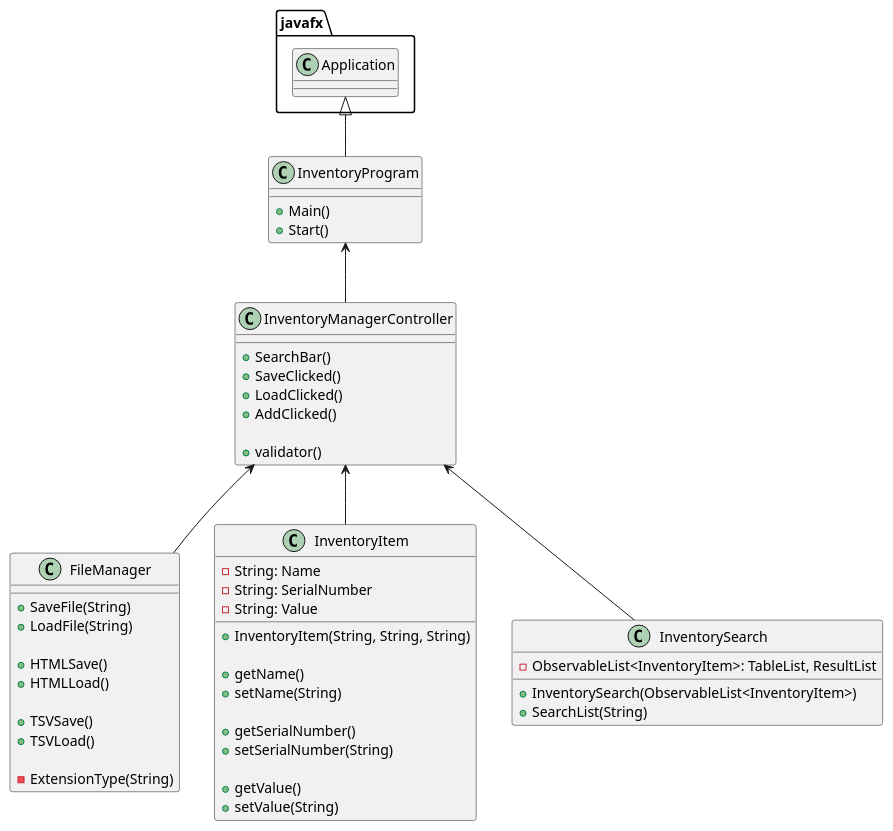
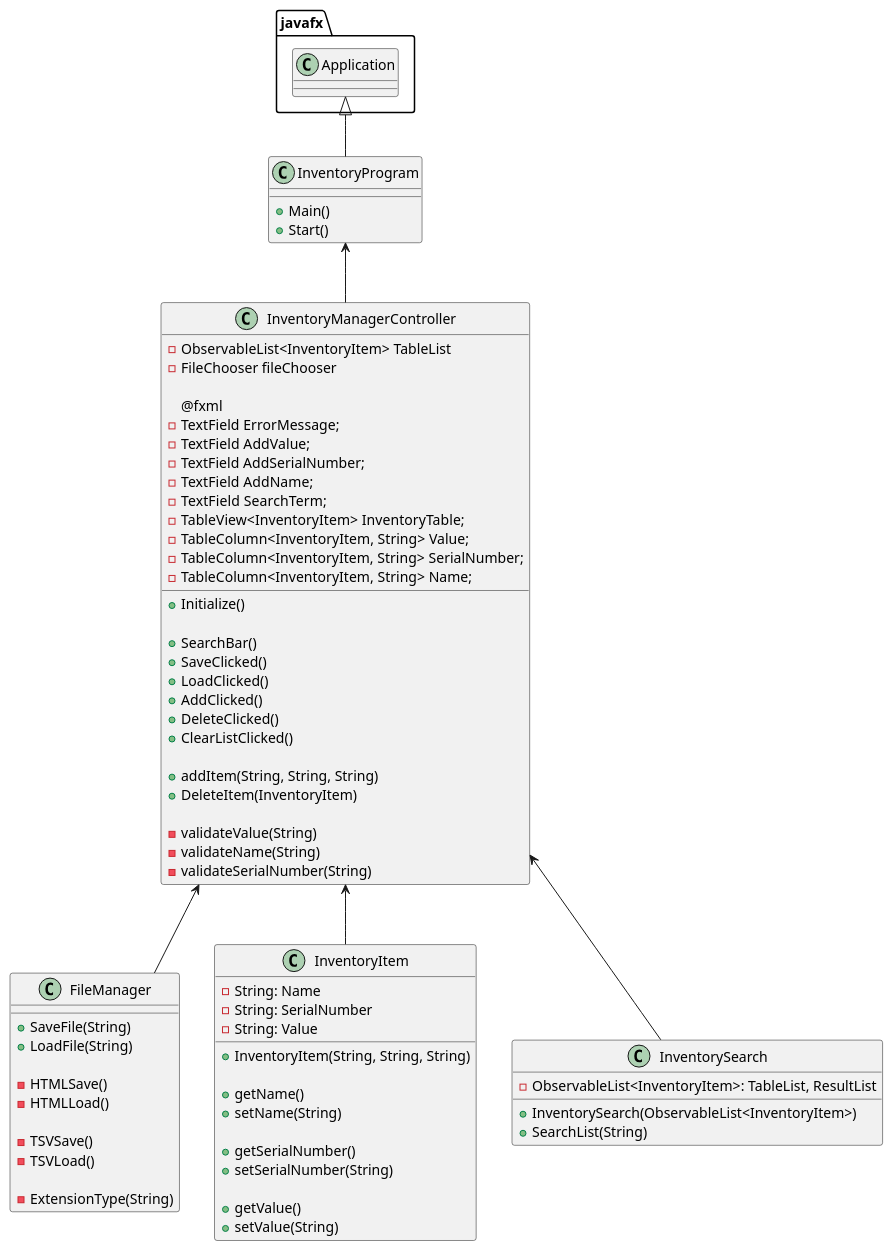
One commit to Chabs64/higgins-1720-a5 changed the diagram in UML/Main.puml. Above: the diagram before and after it, drawn with PlantUML. The commit also changed 2 other files, not shown here.

Commit message:
TSV Saving and Loading, HTML saving... UML update

```diff
--- a/UML/Main.puml
+++ b/UML/Main.puml
@@ -1,70 +1,93 @@
 @startuml
 
 javafx.Application <|-- InventoryProgram
 InventoryProgram <-- InventoryManagerController
 InventoryManagerController <-- FileManager
 
 InventoryManagerController <-- InventoryItem
 InventoryManagerController <-- InventorySearch
 
 class InventoryProgram
 {
     + Main()
     + Start()
 }
 
 
 class InventoryManagerController
 {
+    - ObservableList<InventoryItem> TableList
+    - FileChooser fileChooser
+
+    @fxml
+    - TextField ErrorMessage;
+    - TextField AddValue;
+    - TextField AddSerialNumber;
+    - TextField AddName;
+    - TextField SearchTerm;
+    - TableView<InventoryItem> InventoryTable;
+    - TableColumn<InventoryItem, String> Value;
+    - TableColumn<InventoryItem, String> SerialNumber;
+    - TableColumn<InventoryItem, String> Name;
+
+    + Initialize()
+
     + SearchBar()
     + SaveClicked()
     + LoadClicked()
     + AddClicked()
+    + DeleteClicked()
+    + ClearListClicked()
 
-    + validator()
+    + addItem(String, String, String)
+    + DeleteItem(InventoryItem)
+
+    - validateValue(String)
+    - validateName(String)
+    - validateSerialNumber(String)
 }
 
 
 class InventorySearch
 {
     - ObservableList<InventoryItem>: TableList, ResultList
 
     + InventorySearch(ObservableList<InventoryItem>)
     + SearchList(String)
 }
 
 
 class InventoryItem
 {
     - String: Name
     - String: SerialNumber
     - String: Value
 
     + InventoryItem(String, String, String)
 
     + getName()
     + setName(String)
 
     + getSerialNumber()
     + setSerialNumber(String)
 
     + getValue()
     + setValue(String)
 }
 
 
 class FileManager
 {
     + SaveFile(String)
     + LoadFile(String)
 
-    + HTMLSave()
-    + HTMLLoad()
+    - HTMLSave()
+    - HTMLLoad()
 
-    + TSVSave()
-    + TSVLoad()
+    - TSVSave()
+    - TSVLoad()
 
     - ExtensionType(String)
 }
 
 @enduml
```
